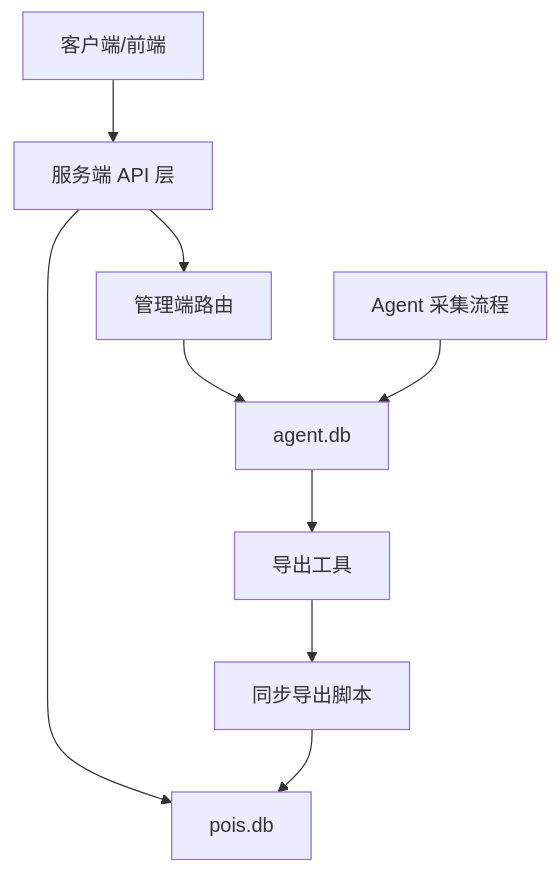
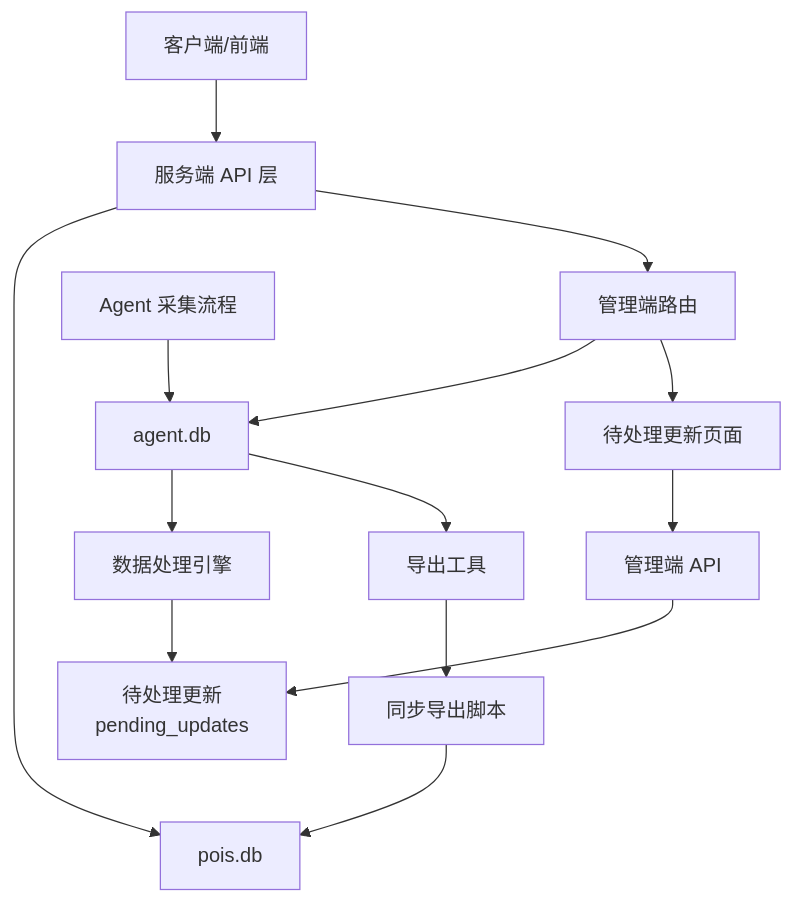
The second of 11 diagrams in .qoder/repowiki/zh/content/AI数据采集系统/数据库管理.md (ititjjy/AITrip-plan), drawn with Mermaid before and after one commit. The commit also changed other lines of this file and 25 other files, not shown here.

````diff
--- a/.qoder/repowiki/zh/content/AI数据采集系统/数据库管理.md
+++ b/.qoder/repowiki/zh/content/AI数据采集系统/数据库管理.md
@@ -112,11 +126,16 @@
 ```mermaid
 graph TB
 Client["客户端/前端"] --> API["服务端 API 层"]
 API --> S_DB["pois.db"]
 API --> Admin["管理端路由"]
 Admin --> A_DB["agent.db"]
 Agent["Agent 采集流程"] --> A_DB
+A_DB --> A_Index["数据处理引擎"]
+A_Index --> Pending["待处理更新<br/>pending_updates"]
 A_DB --> A_Export["导出工具"]
 A_Export --> Sync["同步导出脚本"]
 Sync --> S_DB
+Admin --> M_Pending["待处理更新页面"]
+M_Pending --> Admin_API["管理端 API"]
+Admin_API --> Pending
 ```
````
